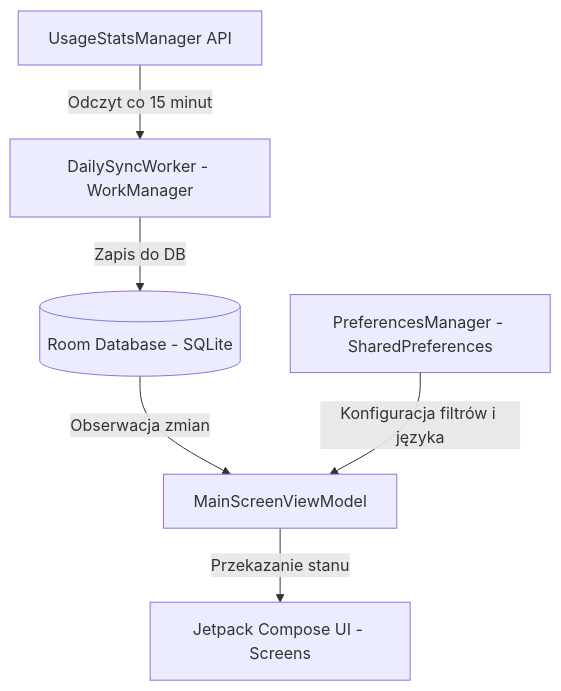
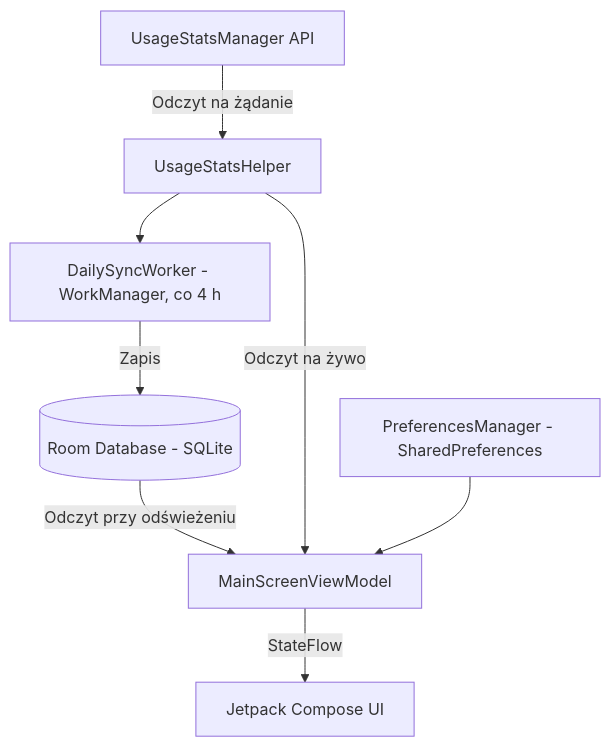
The diagram in README.md (apkmasondev/scrolldebt-android), drawn with Mermaid before and after one commit. The commit also changed other lines of this file, not shown here.

````diff
--- a/README.md
+++ b/README.md
@@ -68,8 +89,10 @@
 ```mermaid
 graph TD
-    A[UsageStatsManager API] -->|Odczyt co 15 minut| B[DailySyncWorker - WorkManager]
-    B -->|Zapis do DB| C[(Room Database - SQLite)]
-    C -->|Obserwacja zmian| D[MainScreenViewModel]
-    E[PreferencesManager - SharedPreferences] -->|Konfiguracja filtrów i języka| D
-    D -->|Przekazanie stanu| F[Jetpack Compose UI - Screens]
+    A[UsageStatsManager API] -->|Odczyt na żądanie| B[UsageStatsHelper]
+    B --> C[DailySyncWorker - WorkManager, co 4 h]
+    C -->|Zapis| D[(Room Database - SQLite)]
+    D -->|Odczyt przy odświeżeniu| E[MainScreenViewModel]
+    B -->|Odczyt na żywo| E
+    F[PreferencesManager - SharedPreferences] --> E
+    E -->|StateFlow| G[Jetpack Compose UI]
 ```
````
